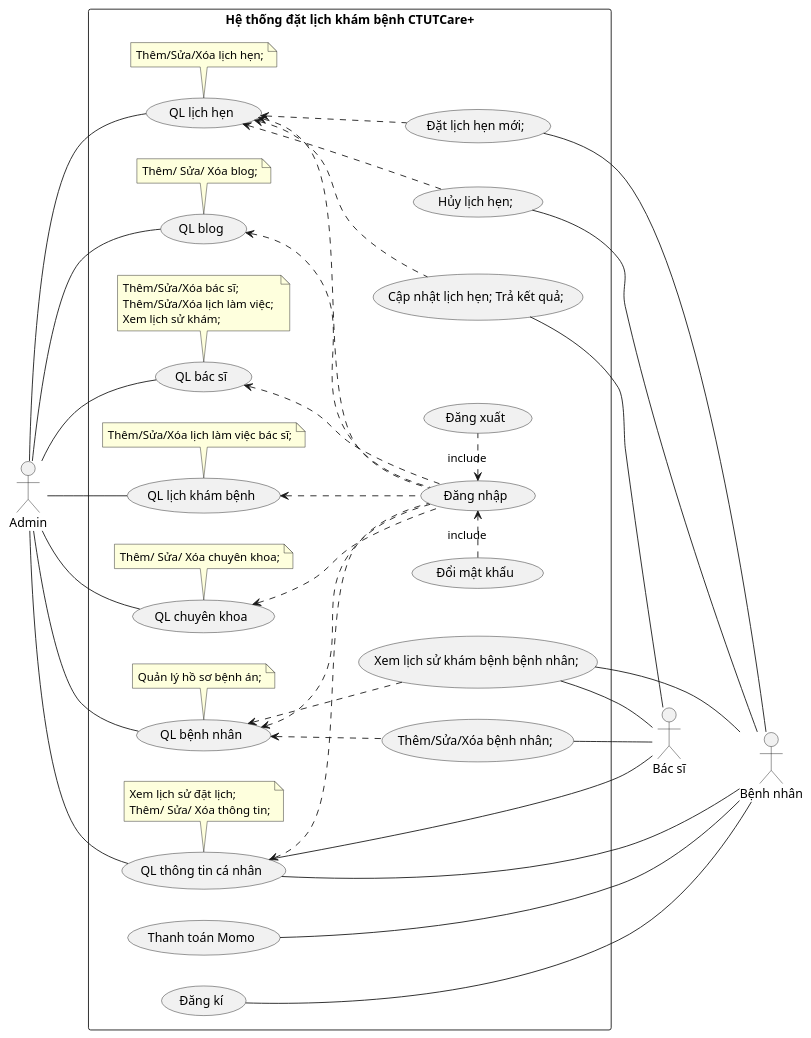
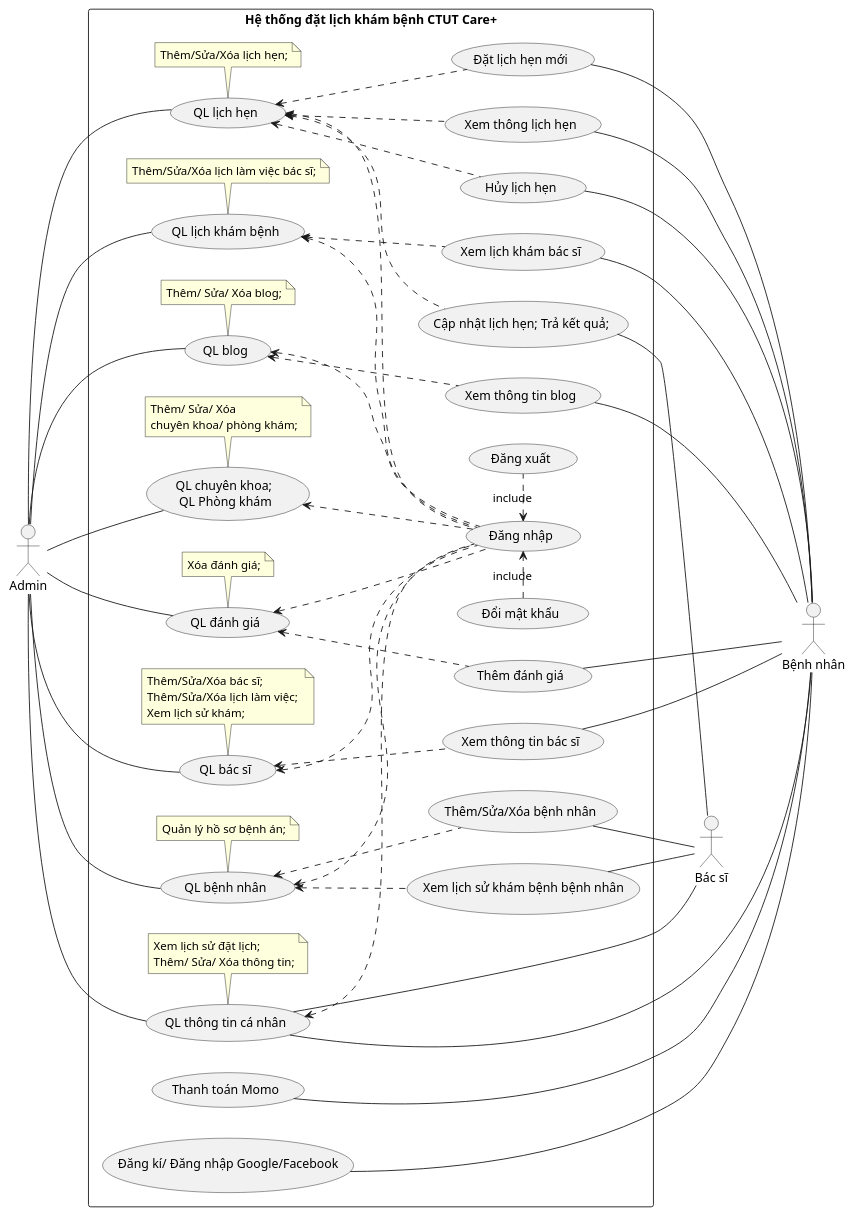
One commit to KhoaSinno/figma_HOMEX changed the diagram in Diagram_PlantUML/UsecaseDia/UsecaseDiagram.puml. Above: the diagram before and after it, drawn with PlantUML. The commit also changed 1 other file, not shown here.

```diff
--- a/Diagram_PlantUML/UsecaseDia/UsecaseDiagram.puml
+++ b/Diagram_PlantUML/UsecaseDia/UsecaseDiagram.puml
@@ -1,125 +1,152 @@
 @startuml CTUTCare
 ' skinparam Shadowing true
 left to right direction
 
 '------------- Actor -------------
 ' actor "User" as User
 actor "Admin" as Admin
 actor "Bác sĩ" as Doctor
 actor "Bệnh nhân" as Patient
 
 '----------- Extend -----------
 ' Admin --|> User
 ' User <|-- Doctor
 ' User <|-- Patient
 
 '------------- Boundary -------------
-rectangle "Hệ thống đặt lịch khám bệnh CTUTCare+" {
+rectangle "Hệ thống đặt lịch khám bệnh CTUT Care+" {
 
 '>>>>>>>>>>>>>>> Khai báo >>>>>>>>>>>>>>>
 
 '------- UceeCase Tổng quát -------
     (QL thông tin cá nhân) as QLTTCN
     
     (QL lịch hẹn) as QLLH
 
     (QL lịch khám bệnh) as QLLKB
 
     (QL blog) as QLB
+
+    (QL đánh giá) as QLDG
  
     ' (QL phòng khám) as QLPK
    
-    (QL chuyên khoa) as QLCK
+    (QL chuyên khoa; \nQL Phòng khám) as QLCK
   
     (QL bệnh nhân) as QLBN
   
     (QL bác sĩ) as QLBS
 
     (Thanh toán Momo) as Payment
 
 
     note bottom of QLTTCN: Xem lịch sử đặt lịch; \nThêm/ Sửa/ Xóa thông tin;
     
     note bottom of QLLH: Thêm/Sửa/Xóa lịch hẹn; 
 
     note bottom of QLLKB: Thêm/Sửa/Xóa lịch làm việc bác sĩ; 
     ' note bottom of QLPK: Thêm/ Sửa/ Xóa phòng khám;
 
-    note bottom of QLCK: Thêm/ Sửa/ Xóa chuyên khoa;
+    note bottom of QLCK: Thêm/ Sửa/ Xóa \nchuyên khoa/ phòng khám;
 
     note bottom of QLB: Thêm/ Sửa/ Xóa blog;
+
+    note bottom of QLDG: Xóa đánh giá;
 
     note bottom of QLBN: Quản lý hồ sơ bệnh án;
 
     note bottom of QLBS: Thêm/Sửa/Xóa bác sĩ; \nThêm/Sửa/Xóa lịch làm việc; \nXem lịch sử khám;
 
 '------------- UceeCase Chi tiết -------------
     'Business
     (Cập nhật lịch hẹn; Trả kết quả;) as UpdateLKB
+    (Xem thông lịch hẹn) as getTTLH
     QLLH <.. UpdateLKB
+    QLLH <.. getTTLH
 
-    (Thêm/Sửa/Xóa bệnh nhân;) as crudBN
-    (Xem lịch sử khám bệnh bệnh nhân; ) as getLKBBN
+    (Thêm/Sửa/Xóa bệnh nhân) as crudBN
+    (Xem lịch sử khám bệnh bệnh nhân) as getLKBBN
     QLBN <.. crudBN
     QLBN <.. getLKBBN
 
-    (Đặt lịch hẹn mới;) as createLHM
-    (Hủy lịch hẹn;) as cancelHM
+    (Đặt lịch hẹn mới) as createLHM
+    (Hủy lịch hẹn) as cancelHM
     QLLH <.. createLHM
     QLLH <.. cancelHM
+
+    (Xem thông tin blog) as getBlog
+    QLB <.. getBlog
+
+    (Thêm đánh giá) as createDG
+    QLDG <.. createDG
+
+    (Xem thông tin bác sĩ) as getTTBS
+    QLBS <.. getTTBS
+
+    (Xem lịch khám bác sĩ) as getLKB
+    QLLKB <.. getLKB
 
     'Account
     (Đăng xuất) as Logout
     (Đăng nhập) as Login
-    (Đăng kí) as SignUp
+    (Đăng kí/ Đăng nhập Google/Facebook) as SignUp
     (Đổi mật khẩu) as ChangePass
-
 '------------- Account -------------
     Login <. Logout: include
     ChangePass .> Login : include
 
 'Tất cả các usecase đều include Login
     QLTTCN <.. Login
     QLLH <.. Login
     QLLKB <.. Login
     ' QLPK <.. Login
     QLCK <.. Login
     QLBN <.. Login
     QLBS <.. Login
     QLB <.. Login
+    QLDG <.. Login
 
 '------------- Admin -------------
 
 Admin -- QLTTCN
     
 Admin -- QLLH
 
 Admin -- QLLKB
 
 ' Admin -- QLPK
   
 Admin -- QLCK
  
 Admin -- QLBN
  
 Admin -- QLBS
 
 Admin -- QLB
 
+Admin -- QLDG
+
+
 
 '------------- Doctor -------------
 getLKBBN -- Doctor
 crudBN -- Doctor
 UpdateLKB - Doctor
 QLTTCN - Doctor
 
 '------------- Patient -------------
 SignUp ---- Patient
 cancelHM - Patient
 createLHM - Patient
-getLKBBN - Patient
+' getLKBBN - Patient
 Payment -- Patient
 QLTTCN -- Patient
+getBlog -- Patient
+getLKB -- Patient
+getTTBS -- Patient
+getTTLH -- Patient
+createDG -- Patient
+
 
 }
 @enduml
```
